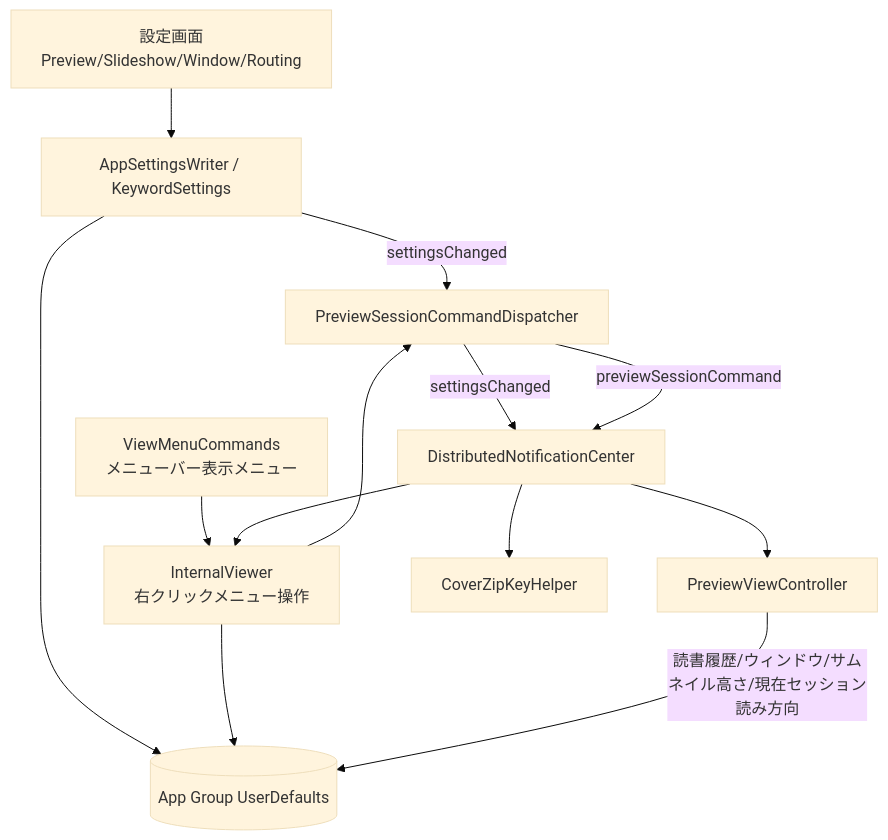
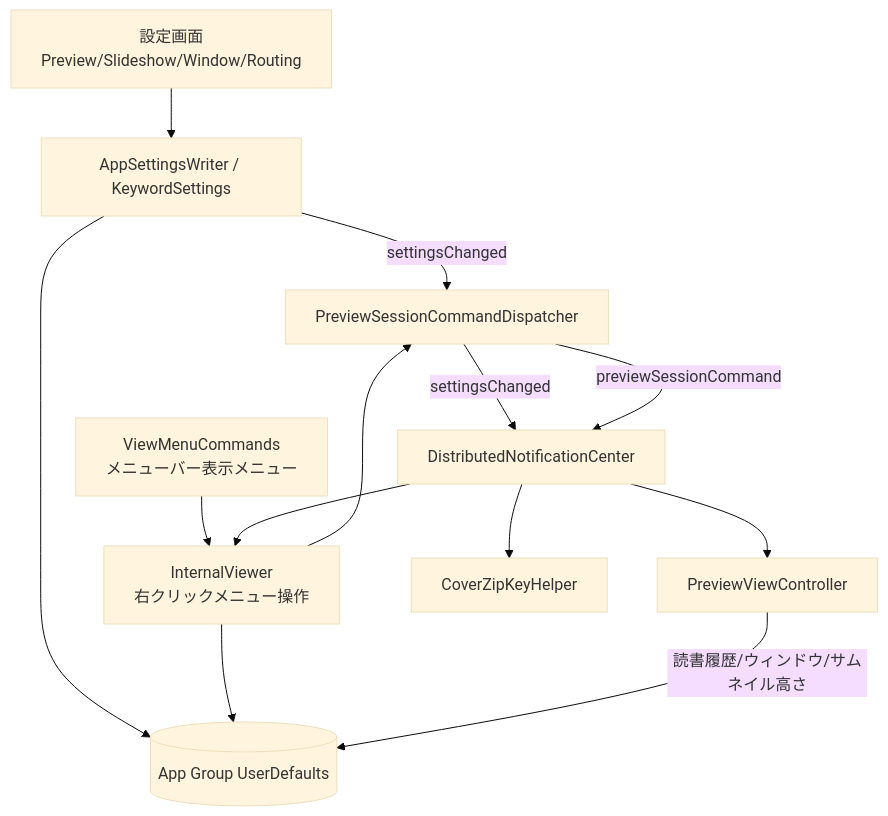
One commit to Nihondo/CoverZip changed the fifth of 6 diagrams in flow.md. Above: the diagram before and after it, drawn with Mermaid (base theme). The commit also changed other lines of this file and 5 other files, not shown here.

````diff
--- a/flow.md
+++ b/flow.md
@@ -142,25 +142,25 @@
 ```mermaid
 flowchart TB
     settingsUI["設定画面\nPreview/Slideshow/Window/Routing"]
     writer["AppSettingsWriter / KeywordSettings"]
     defaults[("App Group UserDefaults")]
     menu["ViewMenuCommands\nメニューバー表示メニュー"]
     internal["InternalViewer\n右クリックメニュー操作"]
     dispatcher["PreviewSessionCommandDispatcher"]
     preview["PreviewViewController"]
     keyhelper["CoverZipKeyHelper"]
     dnc["DistributedNotificationCenter"]
 
     settingsUI --> writer
     writer --> defaults
     writer -->|settingsChanged| dispatcher
     menu --> internal
     internal --> defaults
     internal --> dispatcher
     dispatcher -->|settingsChanged| dnc
     dispatcher -->|previewSessionCommand| dnc
     dnc --> preview
     dnc --> internal
     dnc --> keyhelper
-    preview -->|読書履歴/ウィンドウ/サムネイル高さ/現在セッション読み方向| defaults
+    preview -->|読書履歴/ウィンドウ/サムネイル高さ| defaults
 ```
````
